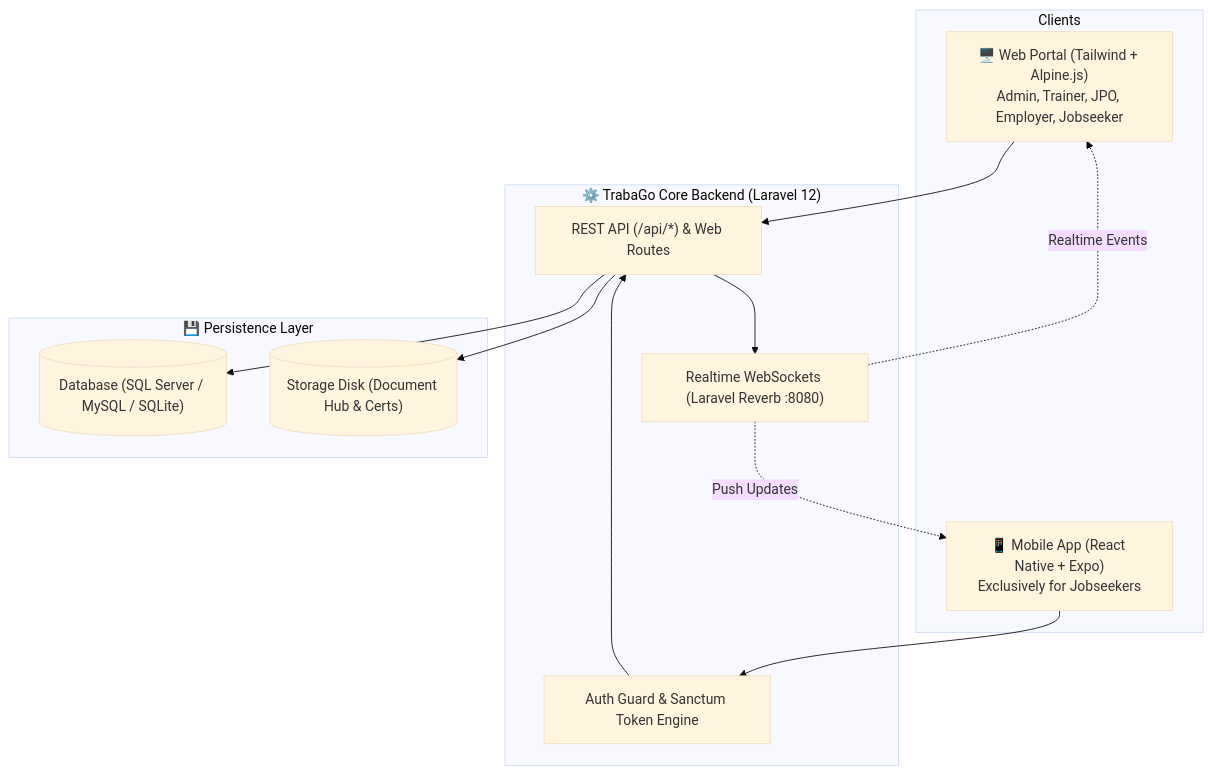
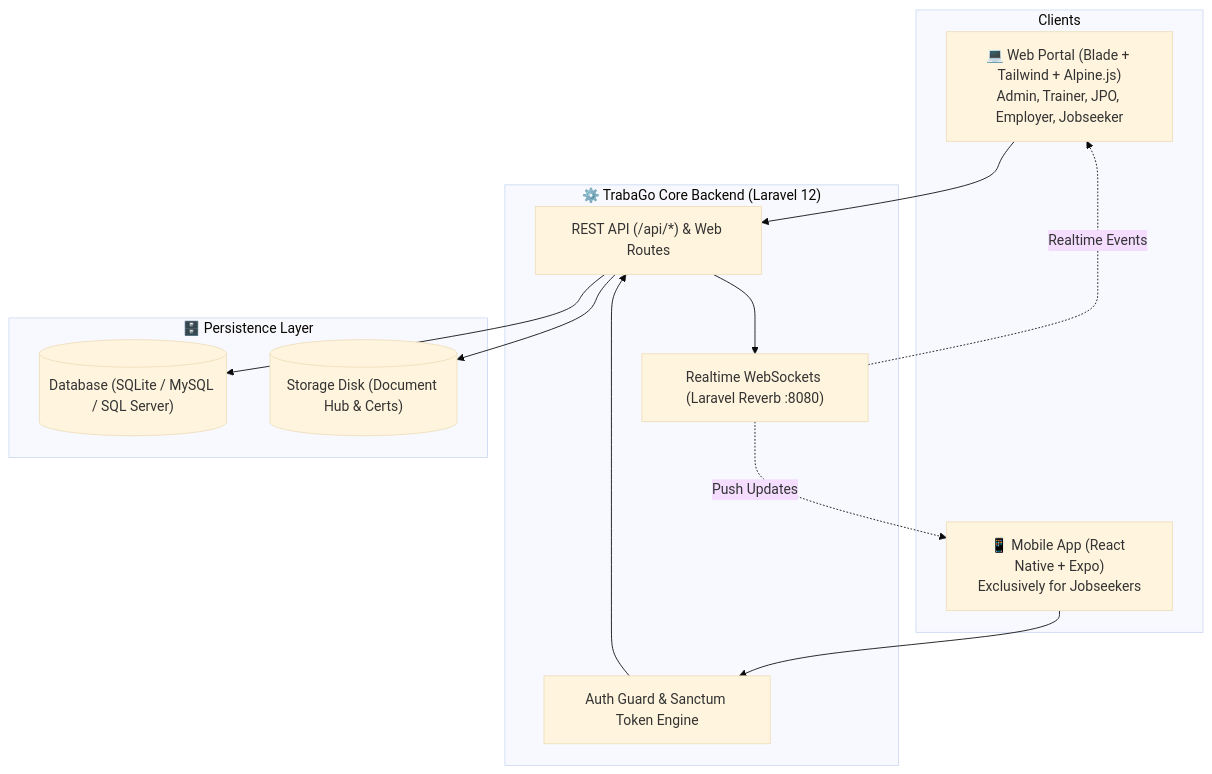
Before and after one commit to lenoj1111/TrabaGo: the diagram in README.md, drawn with Mermaid (base theme). The commit also changed other lines of this file, not shown here.

Commit message:
docs: update README with Region 7 scope, demographic inclusions, offer acceptance, employer credential recovery, and git push instructions

````diff
--- a/README.md
+++ b/README.md
@@ -19,27 +19,27 @@
 ```mermaid
 graph TD
     subgraph Clients
-        Web["🖥️ Web Portal (Tailwind + Alpine.js)<br/>Admin, Trainer, JPO, Employer, Jobseeker"]
+        Web["💻 Web Portal (Blade + Tailwind + Alpine.js)<br/>Admin, Trainer, JPO, Employer, Jobseeker"]
         Mobile["📱 Mobile App (React Native + Expo)<br/>Exclusively for Jobseekers"]
     end
 
     subgraph Backend["⚙️ TrabaGo Core Backend (Laravel 12)"]
         Sanctum["Auth Guard & Sanctum Token Engine"]
         API["REST API (/api/*) & Web Routes"]
         Reverb["Realtime WebSockets (Laravel Reverb :8080)"]
     end
 
-    subgraph Storage["💾 Persistence Layer"]
-        DB[("Database (SQL Server / MySQL / SQLite)")]
+    subgraph Storage["🗄️ Persistence Layer"]
+        DB[("Database (SQLite / MySQL / SQL Server)")]
         Disk[("Storage Disk (Document Hub & Certs)")]
     end
 
     Web --> API
     Mobile --> Sanctum
     Sanctum --> API
     API --> DB
     API --> Disk
     API --> Reverb
     Reverb -. Realtime Events .-> Web
     Reverb -. Push Updates .-> Mobile
 ```
````
